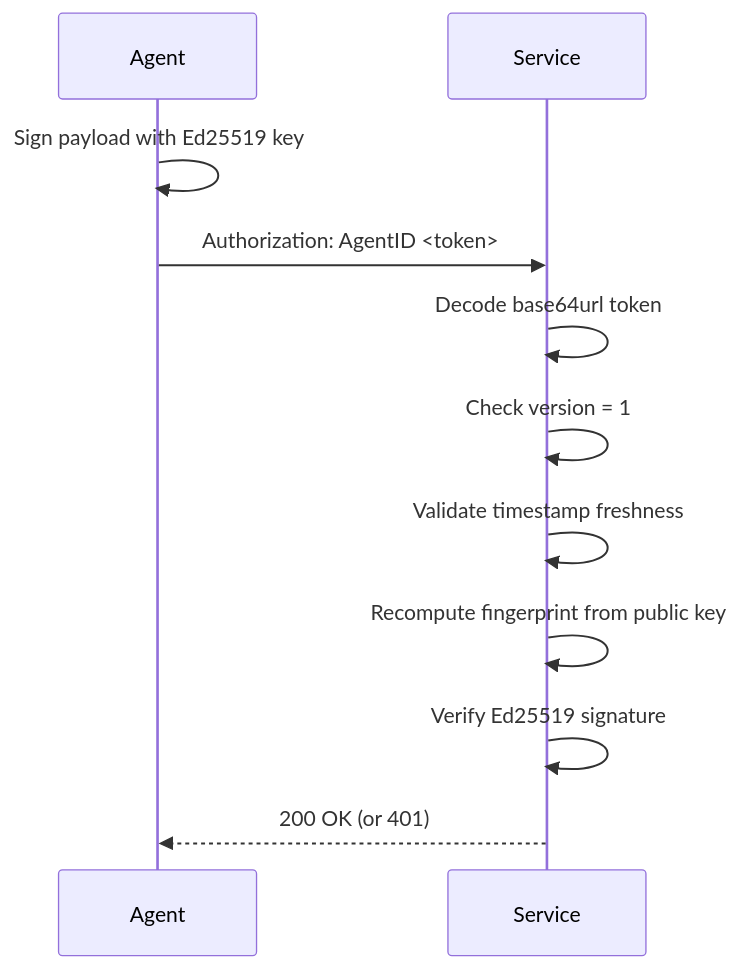
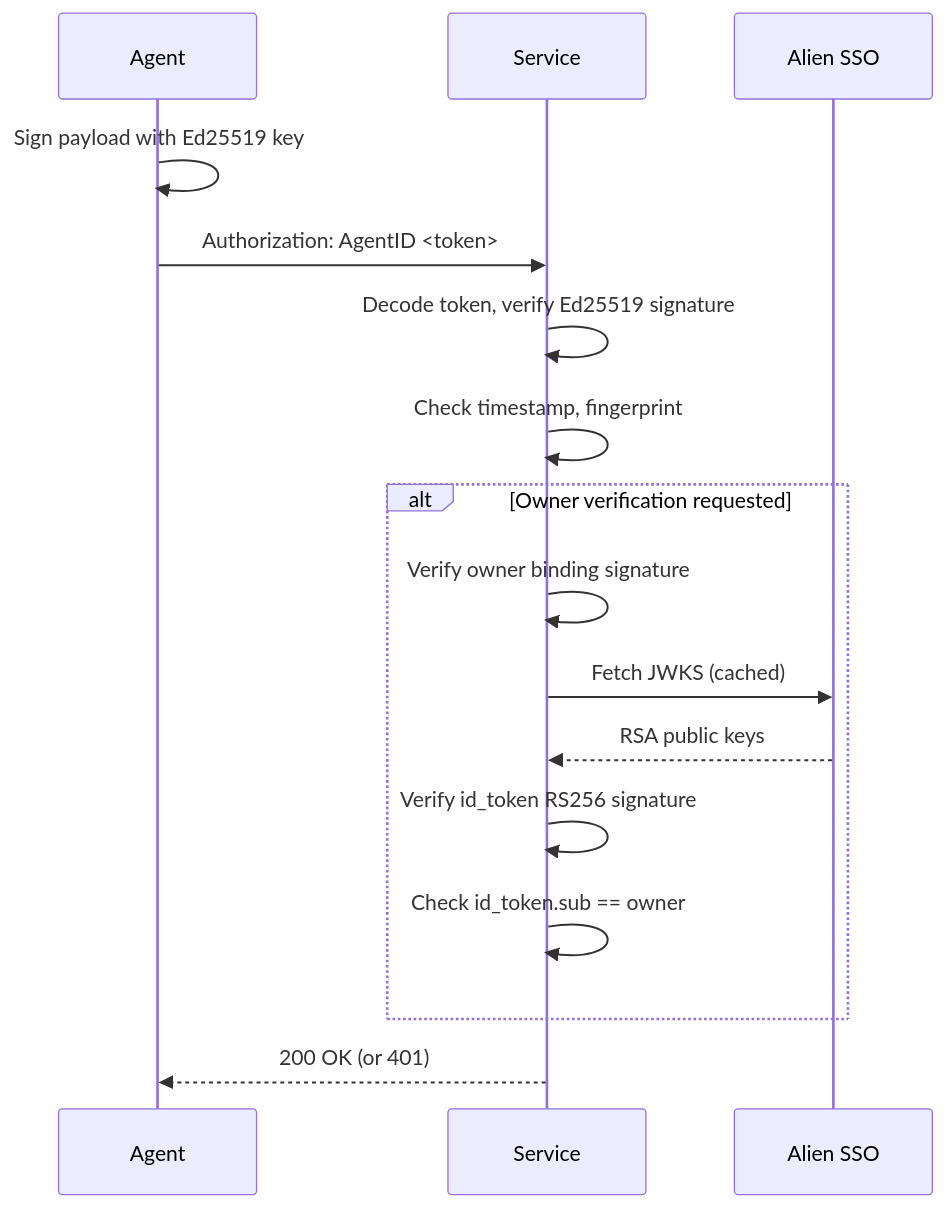
Before and after one commit to alien-id/sso-sdk-js: the diagram in packages/agent-id-sso/README.md, drawn with Mermaid. The commit also changed other lines of this file and 10 other files, not shown here.

First line of the commit message:
feat: add owner chain verification, JWKS validation, and split into modules

````diff
--- a/packages/agent-id-sso/README.md
+++ b/packages/agent-id-sso/README.md
@@ -104,13 +175,18 @@
 ```mermaid
 sequenceDiagram
     participant Agent
     participant Service
+    participant SSO as Alien SSO
     Agent->>Agent: Sign payload with Ed25519 key
     Agent->>Service: Authorization: AgentID <token>
-    Service->>Service: Decode base64url token
-    Service->>Service: Check version = 1
-    Service->>Service: Validate timestamp freshness
-    Service->>Service: Recompute fingerprint from public key
-    Service->>Service: Verify Ed25519 signature
+    Service->>Service: Decode token, verify Ed25519 signature
+    Service->>Service: Check timestamp, fingerprint
+    alt Owner verification requested
+        Service->>Service: Verify owner binding signature
+        Service->>SSO: Fetch JWKS (cached)
+        SSO-->>Service: RSA public keys
+        Service->>Service: Verify id_token RS256 signature
+        Service->>Service: Check id_token.sub == owner
+    end
     Service-->>Agent: 200 OK (or 401)
 ```
````
